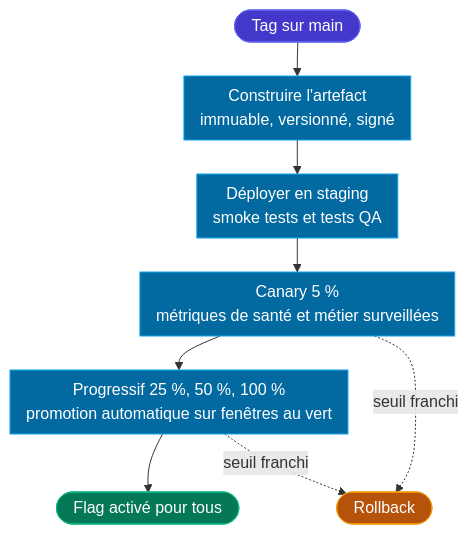
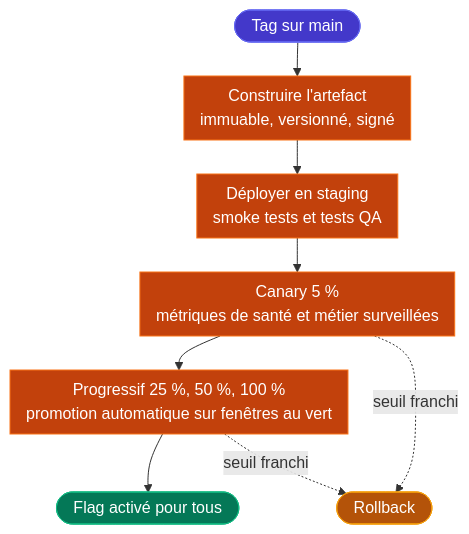
Before and after one commit to ALTEN-group/agentic-software-factory: the diagram in website/docs/fr/guide/stage-release.md, drawn with Mermaid. The commit also changed other lines of this file and 18 other files, not shown here.

````diff
--- a/website/docs/fr/guide/stage-release.md
+++ b/website/docs/fr/guide/stage-release.md
@@ -30,32 +30,32 @@
 ```mermaid
 ---
 caption: De la fusion aux utilisateurs, automatisé et réversible à chaque étape
 config:
   flowchart:
     padding: 8
     wrappingWidth: 320
     nodeSpacing: 30
     rankSpacing: 34
 ---
 flowchart TB
   MERGE(["&nbsp;&nbsp;Tag sur main&nbsp;&nbsp;"])
   BUILD["Construire l'artefact<br/>immuable, versionné, signé"]
   STAGING["Déployer en staging<br/>smoke tests et tests QA"]
   CANARY["Canary 5 %<br/>métriques de santé et métier surveillées"]
   PROG["Progressif 25 %, 50 %, 100 %<br/>promotion automatique sur fenêtres au vert"]
   FLAG(["&nbsp;&nbsp;Flag activé pour tous&nbsp;&nbsp;"])
   BACK(["&nbsp;&nbsp;Rollback&nbsp;&nbsp;"])
 
   MERGE --> BUILD --> STAGING --> CANARY --> PROG --> FLAG
   CANARY -.->|"seuil franchi"| BACK
   PROG -.->|"seuil franchi"| BACK
 
   classDef start fill:#4338ca,stroke:#6366f1,color:#ffffff
-  classDef step fill:#0369a1,stroke:#0ea5e9,color:#ffffff
+  classDef step fill:#c2410c,stroke:#f97316,color:#ffffff
   classDef done fill:#047857,stroke:#10b981,color:#ffffff
   classDef back fill:#b45309,stroke:#f59e0b,color:#ffffff
   class MERGE start
   class BUILD,STAGING,CANARY,PROG step
   class FLAG done
   class BACK back
 ```
````
